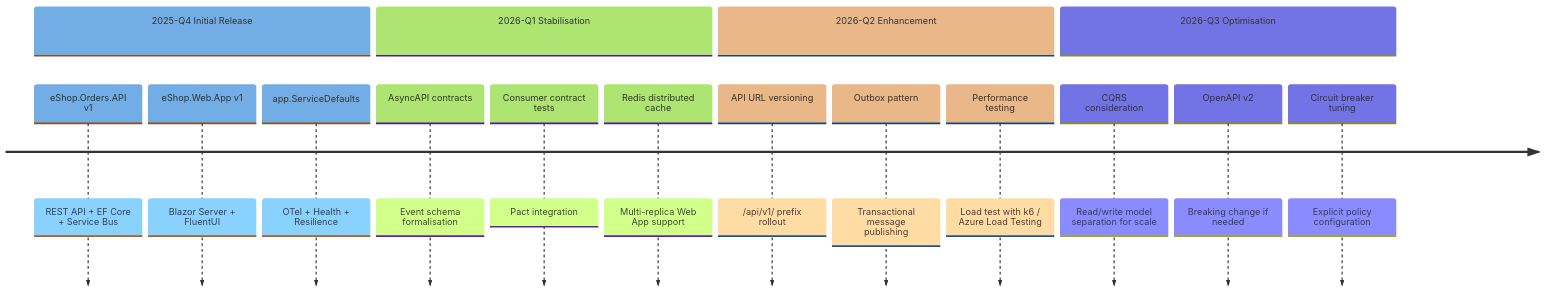
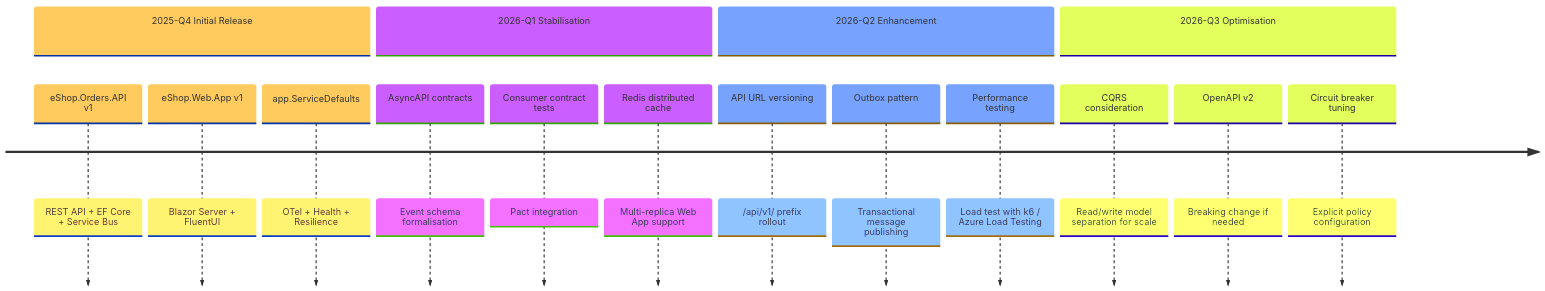
The ninth of 9 diagrams in docs/architecture/Application-Layer-Architecture.md (Evilazaro/Azure-LogicApps-Monitoring), drawn with Mermaid before and after one commit. The commit also changed other lines of this file, not shown here.

Commit message:
docs: enhance clarity and accessibility in Application Layer architecture diagrams

````diff
--- a/docs/architecture/Application-Layer-Architecture.md
+++ b/docs/architecture/Application-Layer-Architecture.md
@@ -2120,33 +2216,37 @@
 ```mermaid
 ---
-title: Application Layer Service Lifecycle
+title: "Application Layer Service Lifecycle"
 config:
   theme: base
   themeVariables:
-    primaryColor: '#DEECF9'
-    primaryBorderColor: '#0078D4'
+    fontSize: '16px'
 ---
 timeline
     accTitle: eShop Application Layer Service Lifecycle Timeline
     accDescr: Shows the planned lifecycle milestones for eShop Orders API and Web App services across development, stabilization, and future roadmap phases
+
+    %% ═══════════════════════════════════════════════════════════════════════════
+    %% AZURE / FLUENT ARCHITECTURE PATTERN v1.1
+    %% (Semantic + Structural + Font + Accessibility Governance)
+    %% ═══════════════════════════════════════════════════════════════════════════
 
     section 2025-Q4 Initial Release
         eShop.Orders.API v1 : REST API + EF Core + Service Bus
         eShop.Web.App v1 : Blazor Server + FluentUI
         app.ServiceDefaults : OTel + Health + Resilience
 
     section 2026-Q1 Stabilisation
         AsyncAPI contracts : Event schema formalisation
         Consumer contract tests : Pact integration
         Redis distributed cache : Multi-replica Web App support
 
     section 2026-Q2 Enhancement
         API URL versioning : /api/v1/ prefix rollout
         Outbox pattern : Transactional message publishing
         Performance testing : Load test with k6 / Azure Load Testing
 
     section 2026-Q3 Optimisation
         CQRS consideration : Read/write model separation for scale
         OpenAPI v2 : Breaking change if needed
         Circuit breaker tuning : Explicit policy configuration
 ```
````
